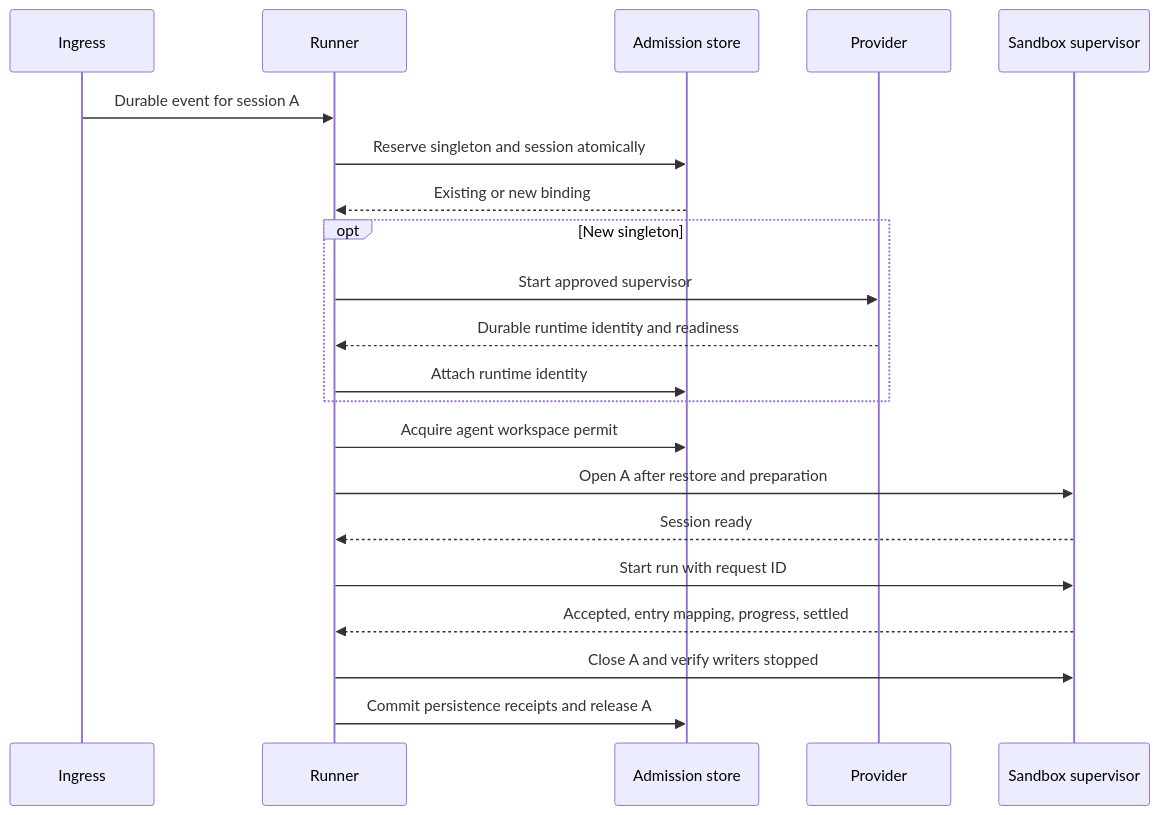
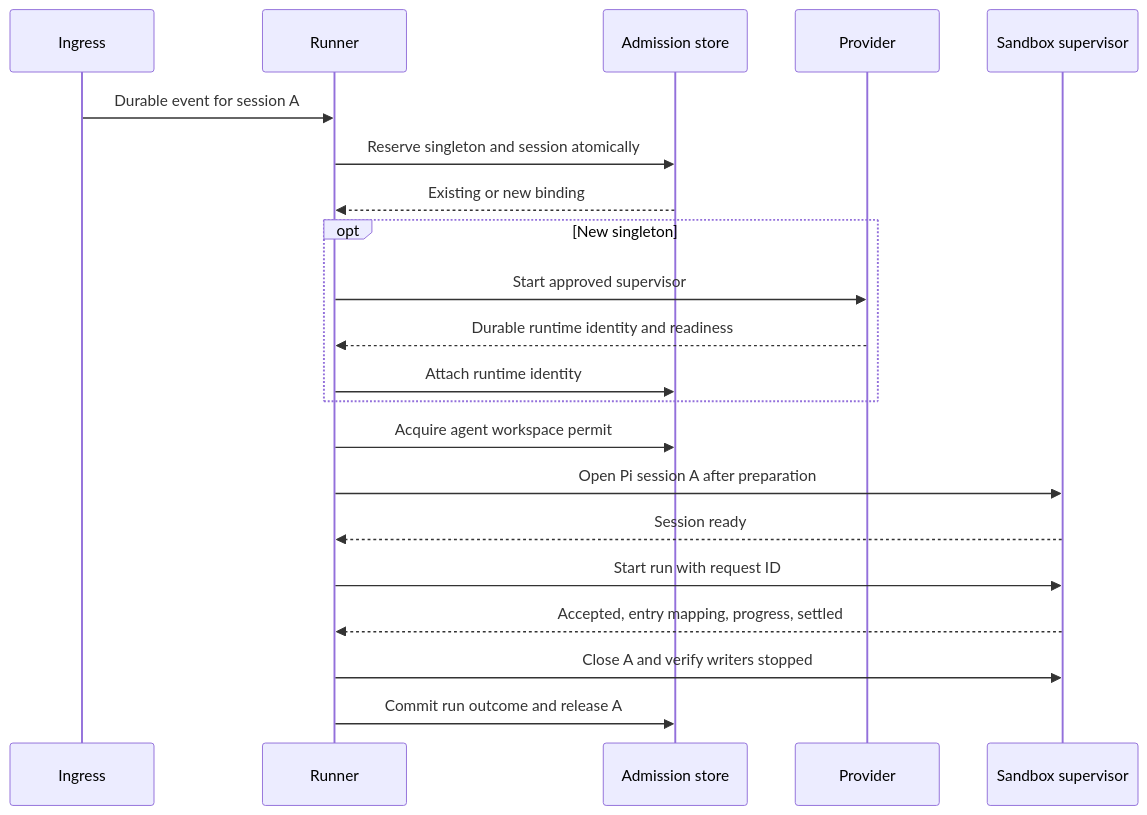
One commit to cognisphere-sh/cognisphere-harness changed the diagram in docs/plans/01-sdk-runtime.md. Above: the diagram before and after it, drawn with Mermaid. The commit also changed other lines of this file and 19 other files, not shown here.

First line of the commit message:
Update core implementation roadmap with revised delivery order and agent configuration details

````diff
--- a/docs/plans/01-sdk-runtime.md
+++ b/docs/plans/01-sdk-runtime.md
@@ -61,23 +63,23 @@
 ```mermaid
 sequenceDiagram
     participant Ingress
     participant Runner
     participant Store as Admission store
     participant Provider
     participant Host as Sandbox supervisor
     Ingress->>Runner: Durable event for session A
     Runner->>Store: Reserve singleton and session atomically
     Store-->>Runner: Existing or new binding
     opt New singleton
         Runner->>Provider: Start approved supervisor
         Provider-->>Runner: Durable runtime identity and readiness
         Runner->>Store: Attach runtime identity
     end
     Runner->>Store: Acquire agent workspace permit
-    Runner->>Host: Open A after restore and preparation
+    Runner->>Host: Open Pi session A after preparation
     Host-->>Runner: Session ready
     Runner->>Host: Start run with request ID
     Host-->>Runner: Accepted, entry mapping, progress, settled
     Runner->>Host: Close A and verify writers stopped
-    Runner->>Store: Commit persistence receipts and release A
+    Runner->>Store: Commit run outcome and release A
 ```
````
